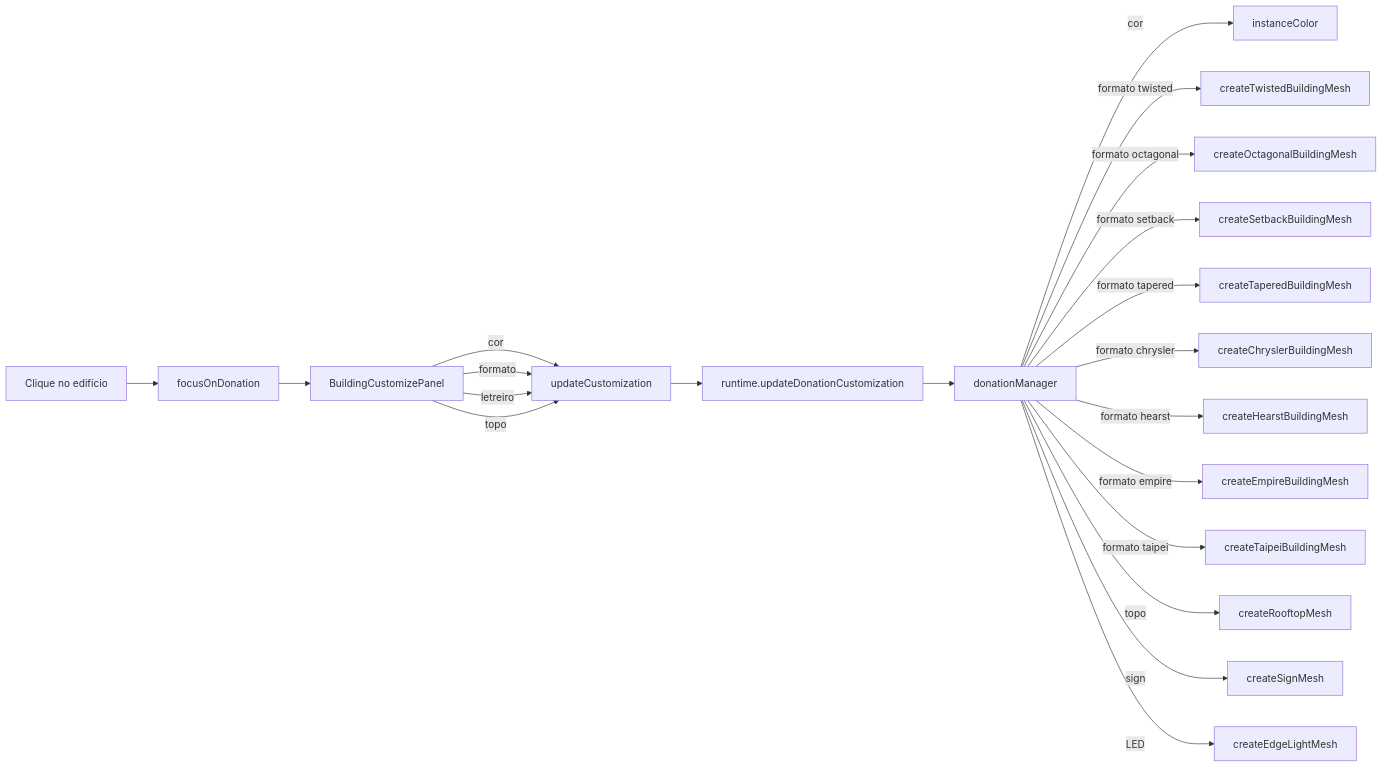
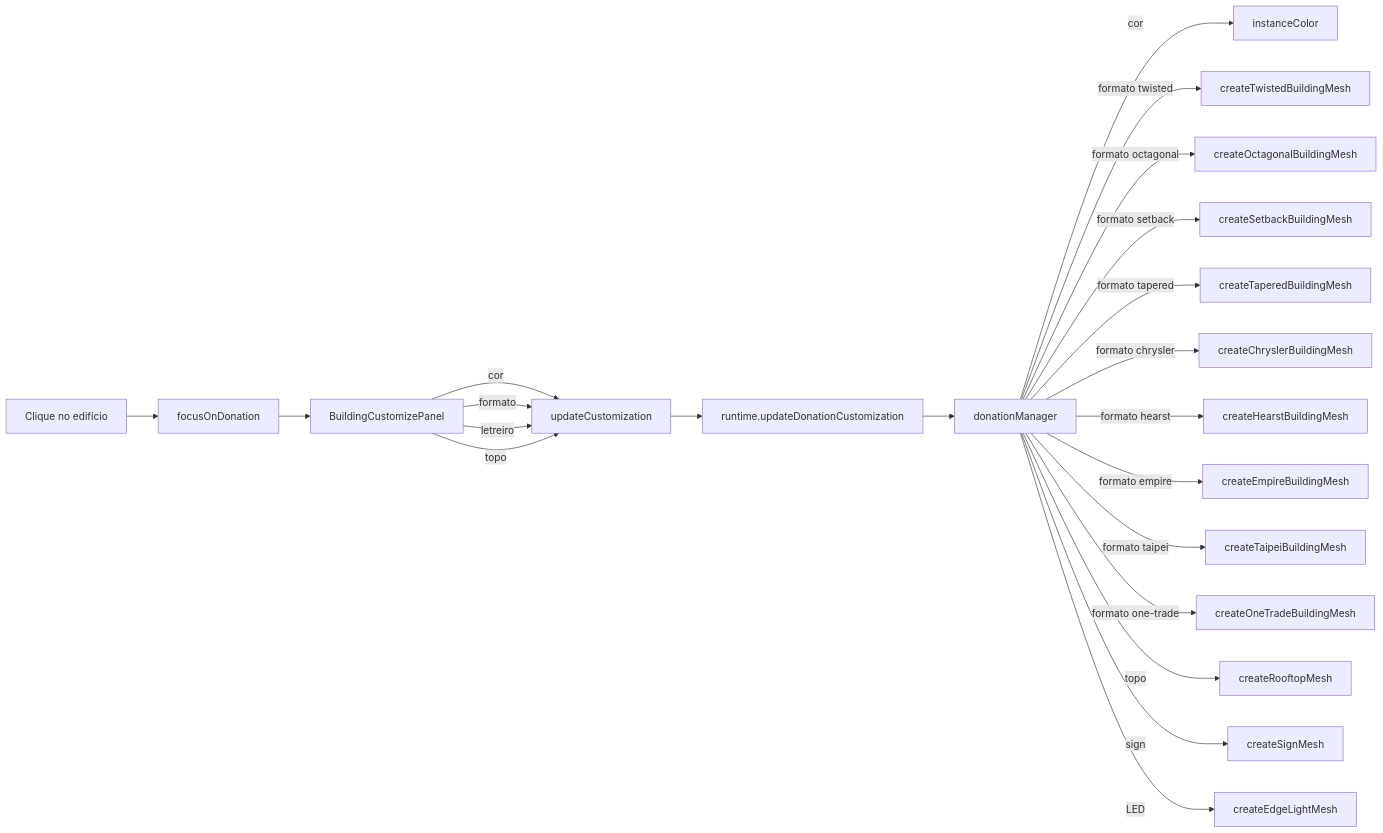
Before and after one commit to RaeII/pixcity: the second of 2 diagrams in doc-pixcity/index.md, drawn with Mermaid. The commit also changed other lines of this file and 11 other files, not shown here.

Commit message:
fix: Build One trade

````diff
--- a/doc-pixcity/index.md
+++ b/doc-pixcity/index.md
@@ -201,23 +203,24 @@
 ```mermaid
 flowchart LR
     Click[Clique no edifício] --> Focus[focusOnDonation]
     Focus --> Panel[BuildingCustomizePanel]
     Panel --> |cor| UC[updateCustomization]
     Panel --> |formato| UC
     Panel --> |letreiro| UC
     Panel --> |topo| UC
     UC --> Runtime[runtime.updateDonationCustomization]
     Runtime --> DM[donationManager]
     DM --> |cor| IC[instanceColor]
     DM --> |formato twisted| TW[createTwistedBuildingMesh]
     DM --> |formato octagonal| OC[createOctagonalBuildingMesh]
     DM --> |formato setback| SB[createSetbackBuildingMesh]
     DM --> |formato tapered| TP[createTaperedBuildingMesh]
     DM --> |formato chrysler| CH[createChryslerBuildingMesh]
     DM --> |formato hearst| HT[createHearstBuildingMesh]
     DM --> |formato empire| EM[createEmpireBuildingMesh]
     DM --> |formato taipei| TP101[createTaipeiBuildingMesh]
+    DM --> |formato one-trade| OT[createOneTradeBuildingMesh]
     DM --> |topo| RM[createRooftopMesh]
     DM --> |sign| SM[createSignMesh]
     DM --> |LED| EL[createEdgeLightMesh]
 ```
````
